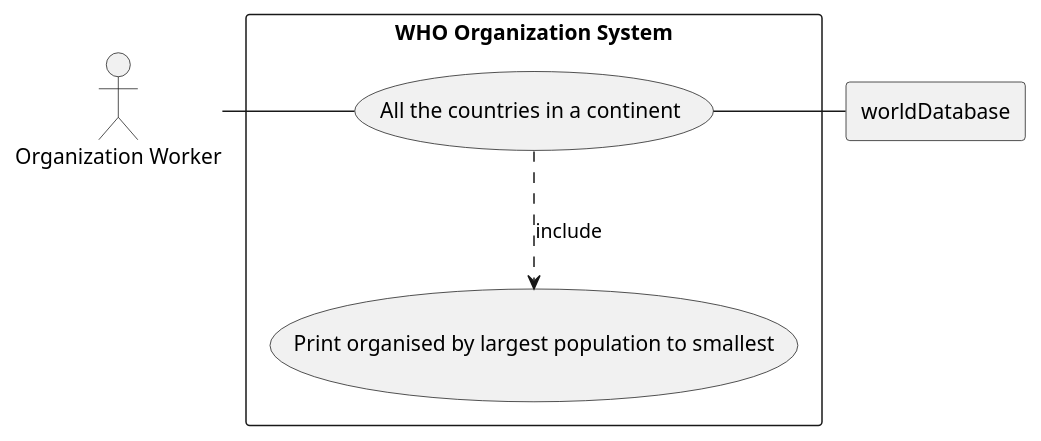
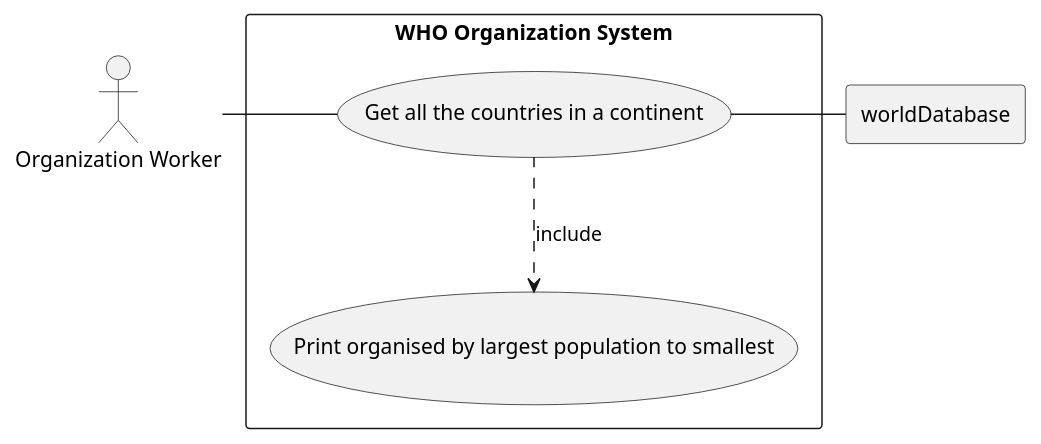
One commit to keenanbernard/sem-group3 changed the diagram in use-cases/UML use-case-1-2.puml. Above: the diagram before and after it, drawn with PlantUML.

Commit message:
SEM-39 Final update to UML 1&2

```diff
--- a/use-cases/UML use-case-1-2.puml
+++ b/use-cases/UML use-case-1-2.puml
@@ -1,17 +1,17 @@
 @startuml
 
 actor OW as "Organization Worker"
 
 rectangle worldDatabase
 
 rectangle "WHO Organization System" {
-    usecase UC1 as "All the countries in a continent"
+    usecase UC1 as "Get all the countries in a continent"
 
     usecase UCb as "Print organised by largest population to smallest"
 
     OW - UC1
     UC1 ..> UCb : include
     UC1 - worldDatabase
 }
 
 @enduml
```
